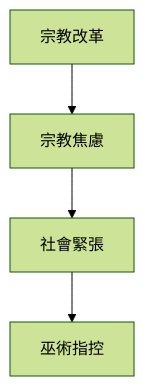
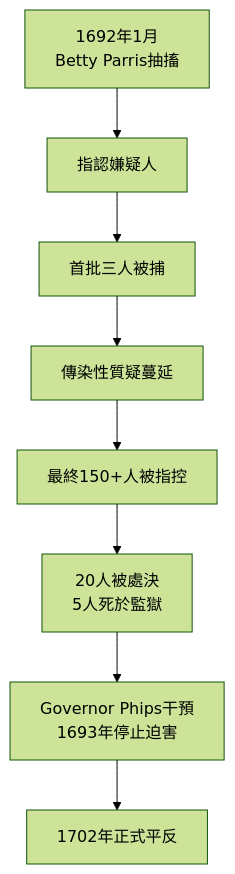
The eighth of 10 diagrams in 01_HKU_Courses/HIST2213_Witchcraft_Magic.md (yip-lgtm/HKU-Harvard-History-Self-Study), drawn with Mermaid (forest theme) before and after one commit. The commit also changed other lines of this file and 65 other files, not shown here.

````diff
--- a/01_HKU_Courses/HIST2213_Witchcraft_Magic.md
+++ b/01_HKU_Courses/HIST2213_Witchcraft_Magic.md
@@ -109,6 +360,10 @@
 ```mermaid
 flowchart TD
-    A[宗教改革] --> B[宗教焦慮]
-    B --> C[社會緊張]
-    C --> D[巫術指控]
+    A[1692年1月<br/>Betty Parris抽搐] --> B[指認嫌疑人]
+    B --> C[首批三人被捕]
+    C --> D[傳染性質疑蔓延]
+    D --> E[最終150+人被指控]
+    E --> F[20人被處決<br/>5人死於監獄]
+    F --> G[Governor Phips干預<br/>1693年停止迫害]
+    G --> H[1702年正式平反]
 ```
````
